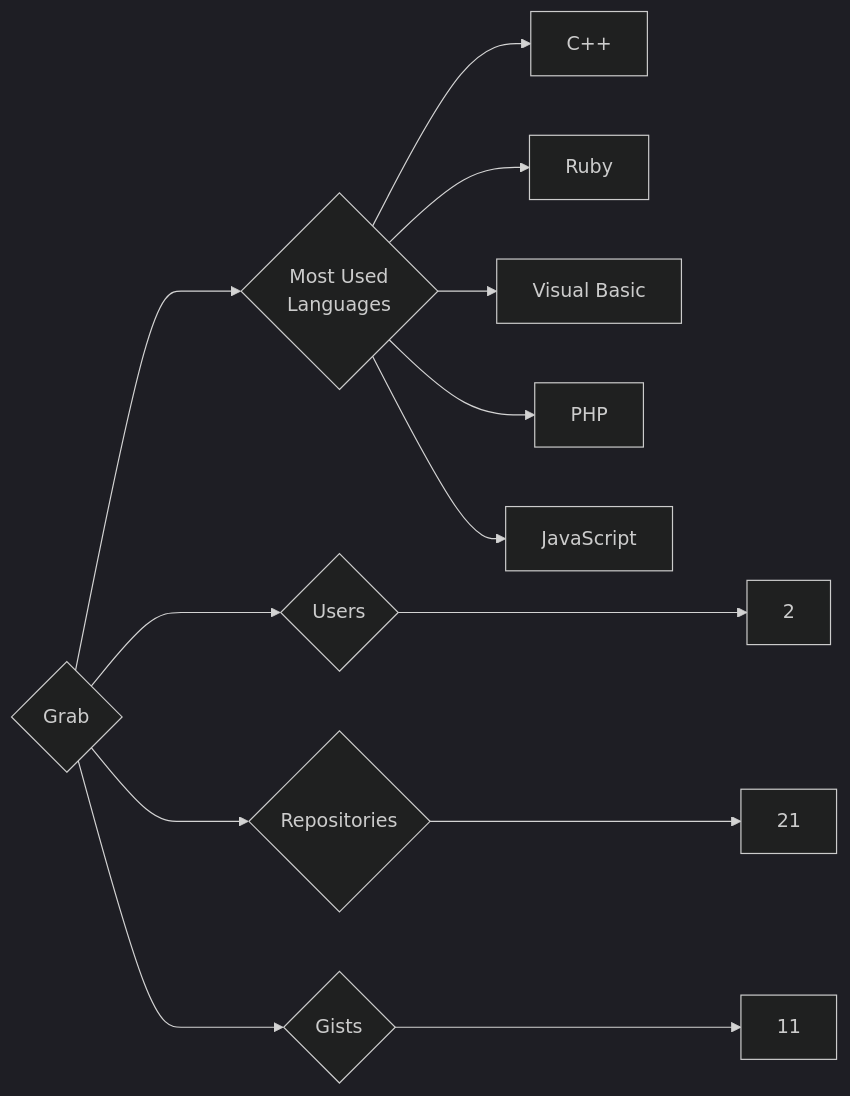
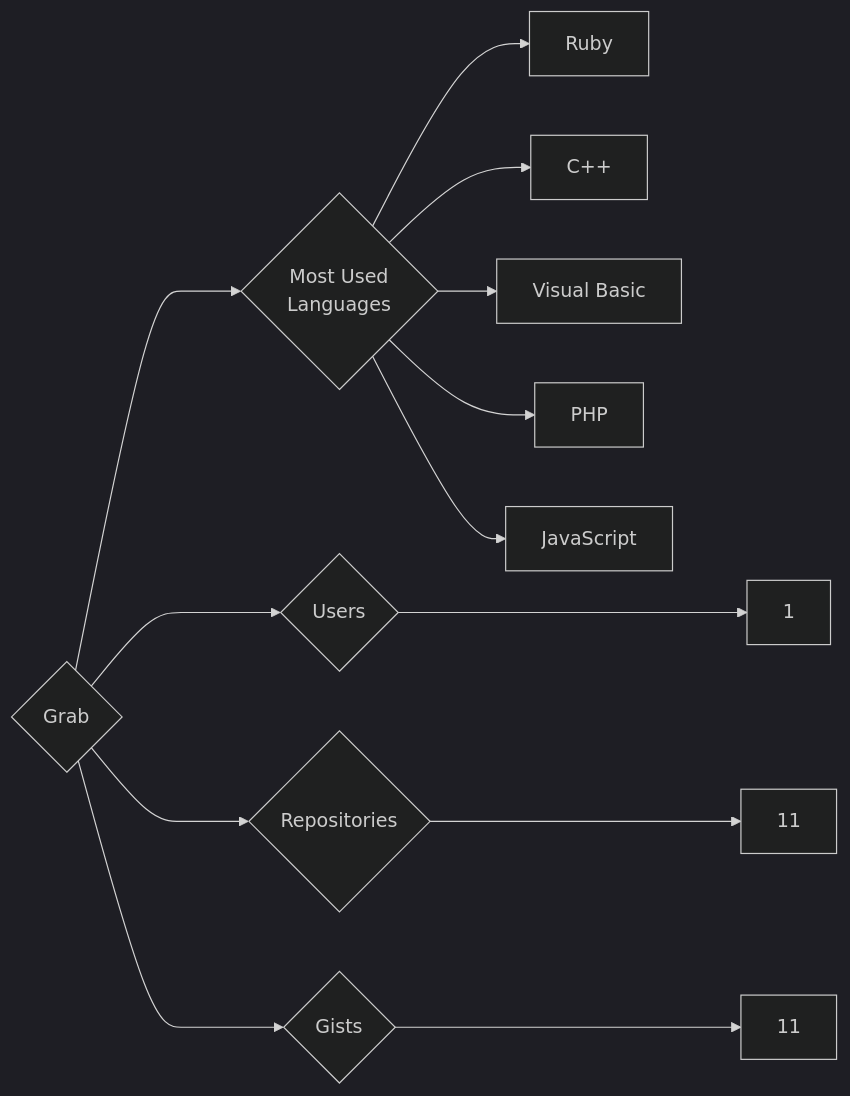
One commit to trickest/insiders changed the diagram in targets/Grab/README.md. Above: the diagram before and after it, drawn with Mermaid (dark theme). The commit also changed 984 other files, not shown here.

````diff
--- a/targets/Grab/README.md
+++ b/targets/Grab/README.md
@@ -3,13 +3,13 @@
 ```mermaid
 graph LR
 COMPANY_NAME{Grab}
-COMPANY_NAME ---> U{Users} ---> UN[2]
-COMPANY_NAME ---> R{Repositories} ---> RN[21]
+COMPANY_NAME ---> U{Users} ---> UN[1]
+COMPANY_NAME ---> R{Repositories} ---> RN[11]
 COMPANY_NAME ---> G{Gists} ---> GN[11]
 COMPANY_NAME ---> ML{Most Used<br>Languages}
+ML --> Ruby[Ruby]
 ML --> C++[C++]
-ML --> Ruby[Ruby]
 ML --> Visual_Basic[Visual Basic]
 ML --> PHP[PHP]
 ML --> JavaScript[JavaScript]
 ```
````
